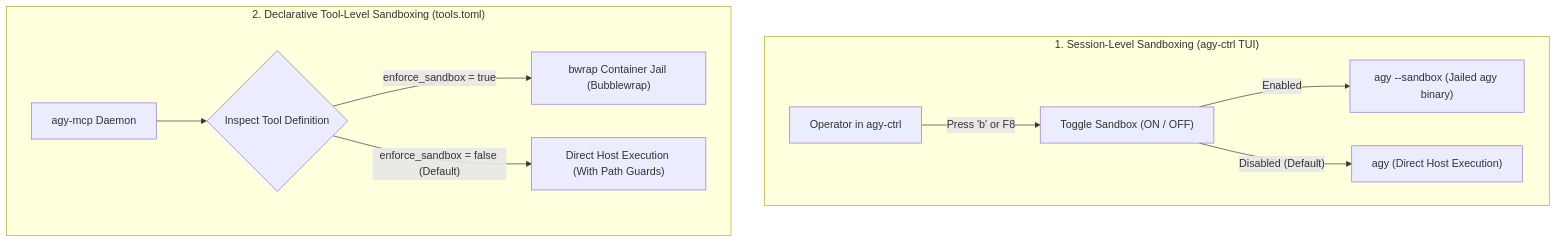
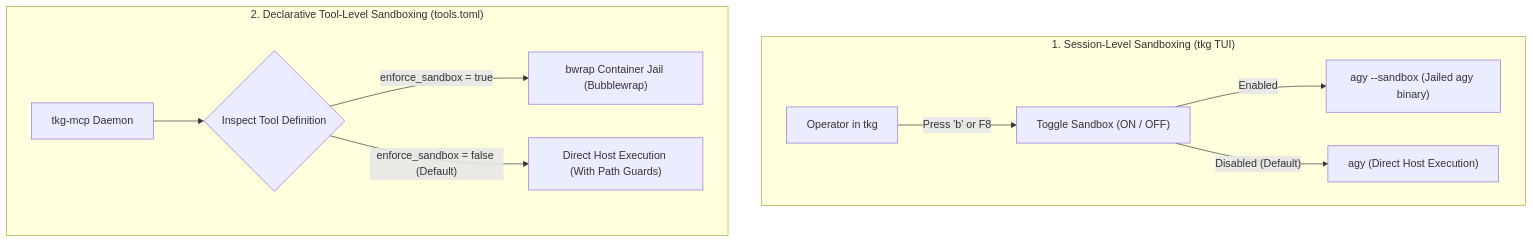
One commit to JeronimoCapelle/TorqKage changed the diagram in docs/src/architecture/security-and-sandboxing.md. Above: the diagram before and after it, drawn with Mermaid. The commit also changed other lines of this file and 217 other files, not shown here.

````diff
--- a/docs/src/architecture/security-and-sandboxing.md
+++ b/docs/src/architecture/security-and-sandboxing.md
@@ -11,14 +11,14 @@
 ```mermaid
 flowchart TD
-    subgraph SessionPlane ["1. Session-Level Sandboxing (agy-ctrl TUI)"]
-        Operator["Operator in agy-ctrl"] -->|"Press 'b' or F8"| Toggle["Toggle Sandbox (ON / OFF)"]
+    subgraph SessionPlane ["1. Session-Level Sandboxing (tkg TUI)"]
+        Operator["Operator in tkg"] -->|"Press 'b' or F8"| Toggle["Toggle Sandbox (ON / OFF)"]
         Toggle -->|"Enabled"| SandboxedAgy["agy --sandbox (Jailed agy binary)"]
         Toggle -->|"Disabled (Default)"| DirectAgy["agy (Direct Host Execution)"]
     end
 
     subgraph ToolPlane ["2. Declarative Tool-Level Sandboxing (tools.toml)"]
-        AgyMCP["agy-mcp Daemon"] --> InspectTool{"Inspect Tool Definition"}
+        AgyMCP["tkg-mcp Daemon"] --> InspectTool{"Inspect Tool Definition"}
         InspectTool -->|"enforce_sandbox = true"| BwrapJail["bwrap Container Jail (Bubblewrap)"]
         InspectTool -->|"enforce_sandbox = false (Default)"| HostExec["Direct Host Execution (With Path Guards)"]
     end
 ```
````
